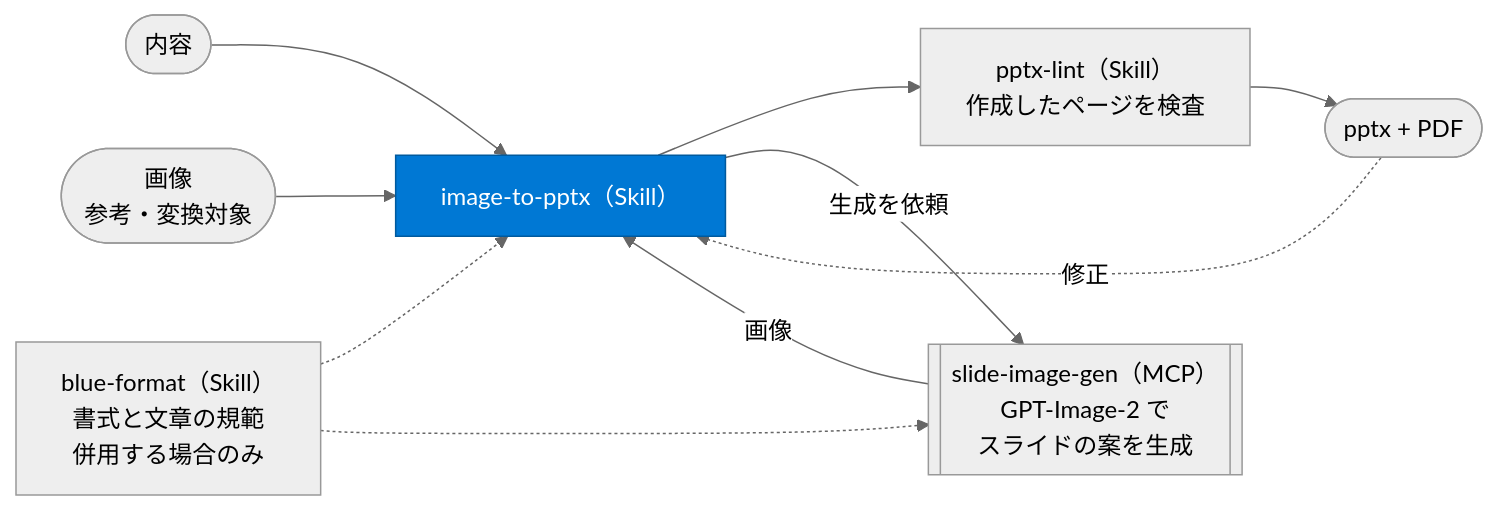
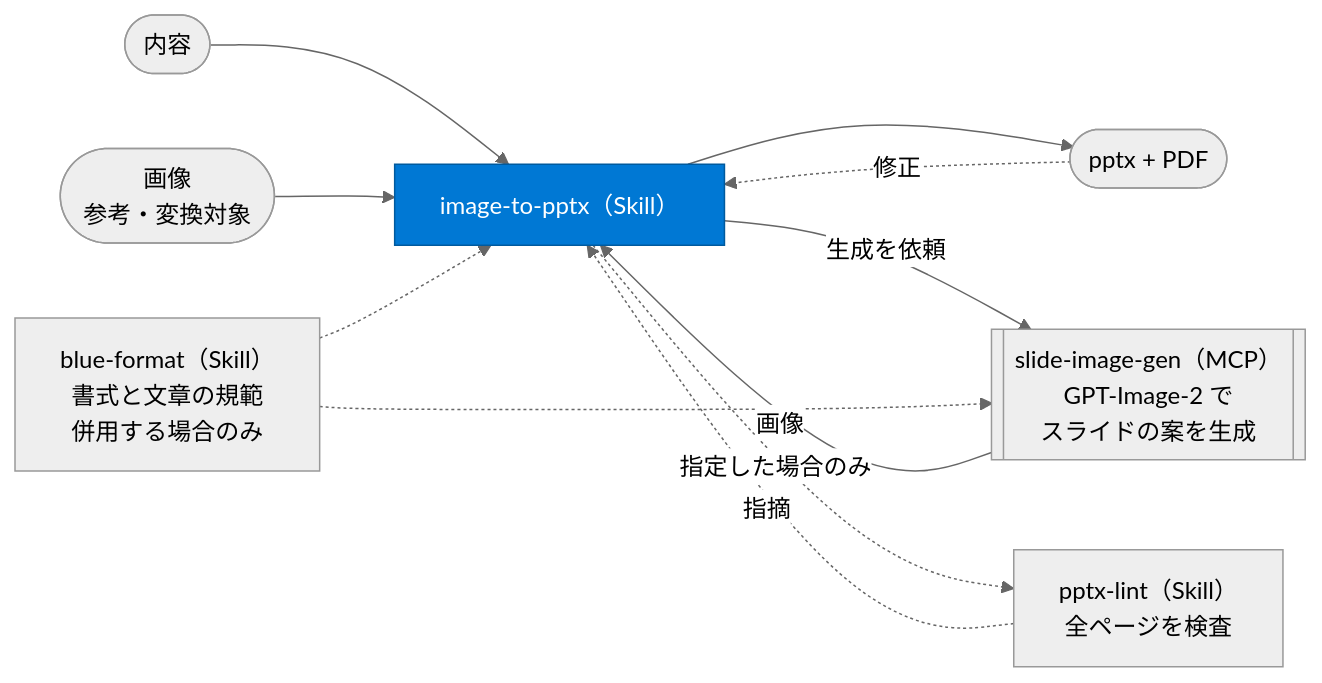
One commit to akitamoto-dev/pptx-as-code changed the second of 2 diagrams in README.md. Above: the diagram before and after it, drawn with Mermaid (neutral theme). The commit also changed other lines of this file and 10 other files, not shown here.

Commit message:
pptx-lint を指定したときだけ使う形にし、検証状況の記述と文字サイズの規範を見直す

````diff
--- a/README.md
+++ b/README.md
@@ -48,21 +49,22 @@
 ```mermaid
 flowchart LR
     IN(["内容"])
     IMG(["画像<br/>参考・変換対象"])
     BF["blue-format（Skill）<br/>書式と文章の規範<br/>併用する場合のみ"]
     I2P["image-to-pptx（Skill）"]
-    LINT["pptx-lint（Skill）<br/>作成したページを検査"]
+    LINT["pptx-lint（Skill）<br/>全ページを検査"]
     OUT(["pptx + PDF"])
     GEN[["slide-image-gen（MCP）<br/>GPT-Image-2 で<br/>スライドの案を生成"]]
 
     IN --> I2P
     IMG --> I2P
-    I2P --> LINT
-    LINT --> OUT
+    I2P --> OUT
     I2P -->|生成を依頼| GEN
     GEN -->|画像| I2P
     BF -.-> I2P
     BF -.-> GEN
+    I2P -.->|指定した場合のみ| LINT
+    LINT -.->|指摘| I2P
     OUT -.->|修正| I2P
     style I2P fill:#0078D4,stroke:#005A9E,color:#ffffff
 ```
````
